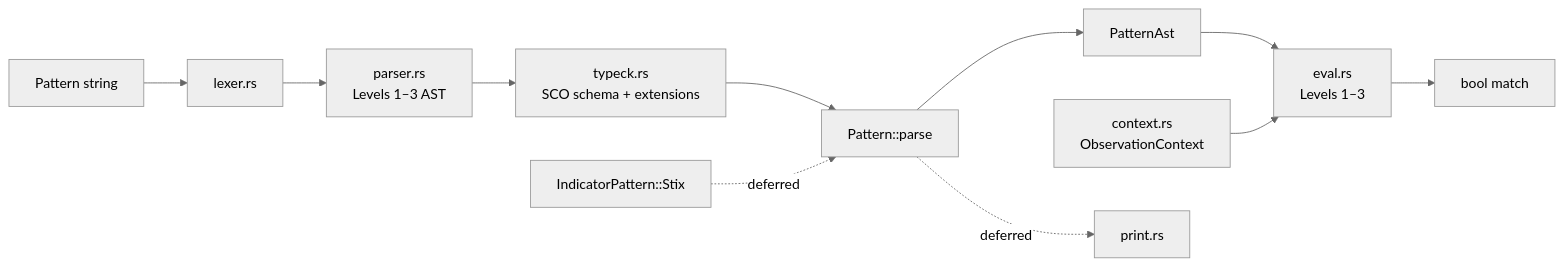
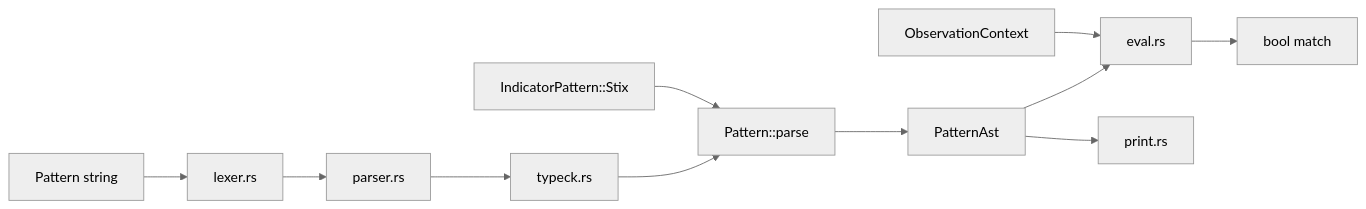
Before and after one commit to SecurityEnthusiast/rsigma: the diagram in docs/library/rstix.md, drawn with Mermaid (neutral theme). The commit also changed other lines of this file and 30 other files, not shown here.

First line of the commit message:
feat(rstix): complete Pattern Engine PR 3.6 with IndicatorBuilder

````diff
--- a/docs/library/rstix.md
+++ b/docs/library/rstix.md
@@ -47,14 +47,13 @@
 ```mermaid
 flowchart LR
     SRC["Pattern string"] --> LEX["lexer.rs"]
-    LEX --> PAR["parser.rs<br/>Levels 1–3 AST"]
-    PAR --> TCK["typeck.rs<br/>SCO schema + extensions"]
+    LEX --> PAR["parser.rs"]
+    PAR --> TCK["typeck.rs"]
     TCK --> PAT["Pattern::parse"]
     PAT --> AST["PatternAst"]
-    AST --> EVAL["eval.rs<br/>Levels 1–3"]
-    CTX["context.rs<br/>ObservationContext"] --> EVAL
+    AST --> EVAL["eval.rs"]
+    CTX["ObservationContext"] --> EVAL
     EVAL --> OUT["bool match"]
-
-    PAT -.->|"deferred"| PRINT["print.rs"]
-    IND["IndicatorPattern::Stix"] -.->|"deferred"| PAT
+    AST --> PRINT["print.rs"]
+    IND["IndicatorPattern::Stix"] --> PAT
 ```
````
